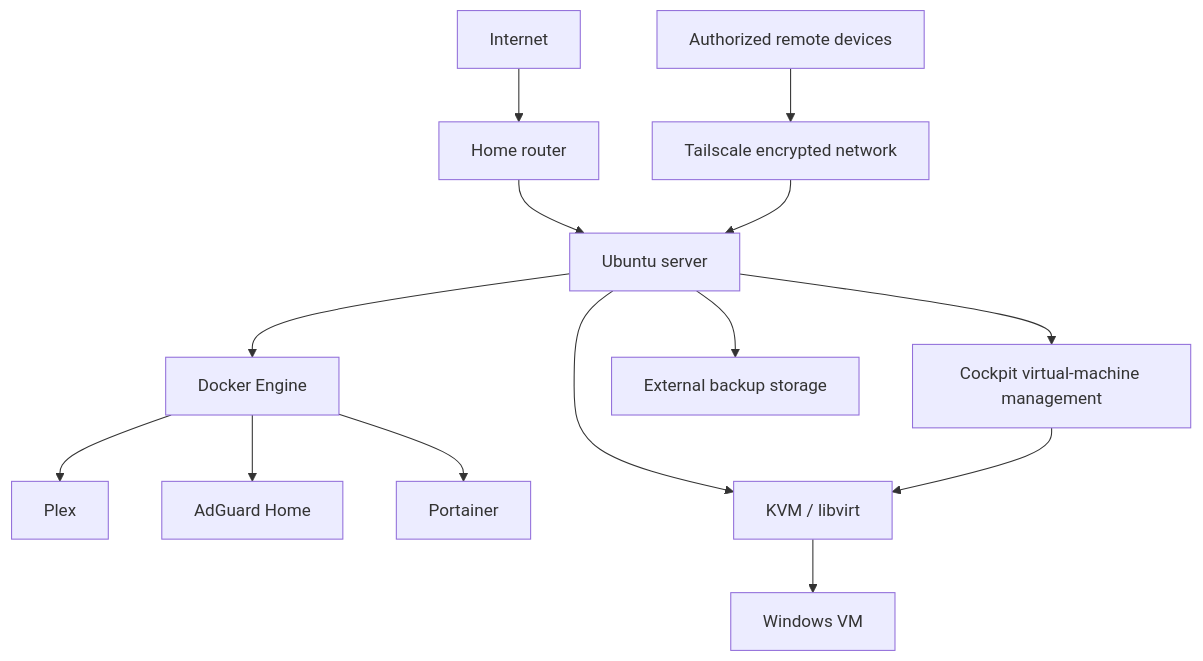
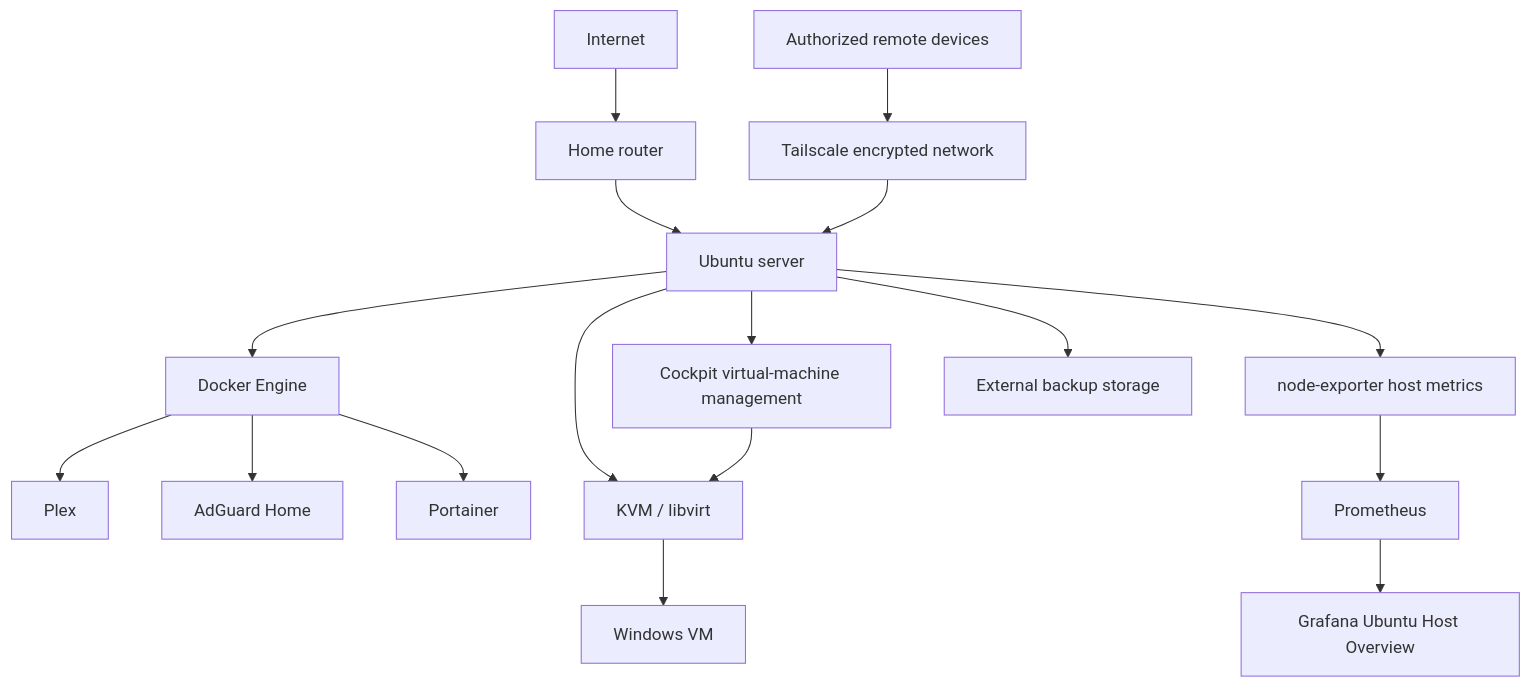
One commit to dhussle999/cybersecurity-homelab changed the diagram in README.md. Above: the diagram before and after it, drawn with Mermaid. The commit also changed other lines of this file, not shown here.

Commit message:
docs: record working Grafana host monitoring and remaining milestones

````diff
--- a/README.md
+++ b/README.md
@@ -17,16 +17,19 @@
 ```mermaid
 flowchart TD
     Internet --> Router["Home router"]
     Router --> Host["Ubuntu server"]
     Remote["Authorized remote devices"] --> TS["Tailscale encrypted network"]
     TS --> Host
     Host --> Docker["Docker Engine"]
     Docker --> Plex["Plex"]
     Docker --> AdGuard["AdGuard Home"]
     Docker --> Portainer["Portainer"]
     Host --> KVM["KVM / libvirt"]
     KVM --> Windows["Windows VM"]
     Host --> Cockpit["Cockpit virtual-machine management"]
     Cockpit --> KVM
+    Host --> NE["node-exporter host metrics"]
+    NE --> Prom["Prometheus"]
+    Prom --> Grafana["Grafana Ubuntu Host Overview"]
     Host --> Backup["External backup storage"]
 ```
````
